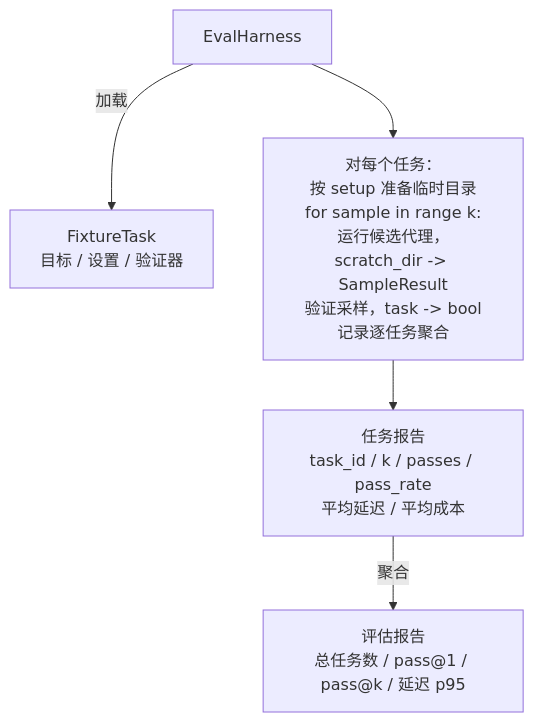
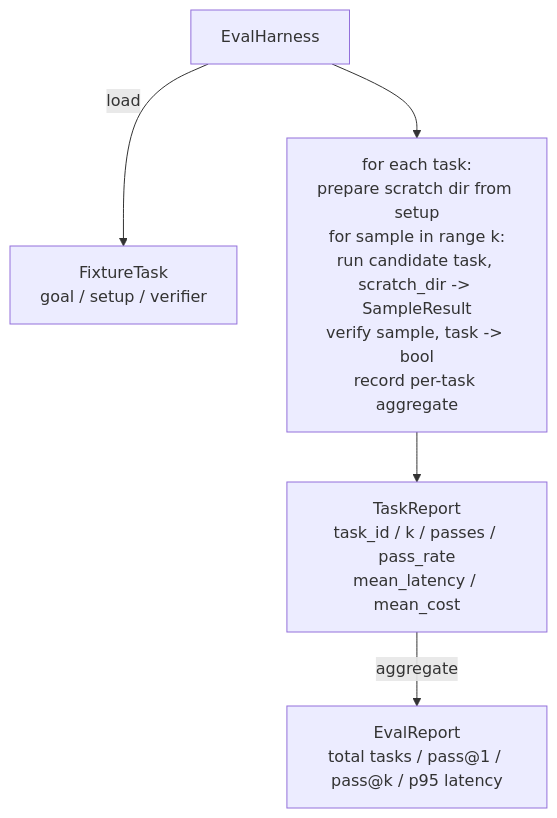
One commit to xiaojiaenen/ai-engineering-from-scratch-zh changed the second of 2 diagrams in i18n/zh/phases/19-capstone-projects/27-eval-harness-fixture-tasks/docs/zh.md. Above: the diagram before and after it, drawn with Mermaid. The commit also changed other lines of this file and 85 other files, not shown here.

````diff
--- a/i18n/zh/phases/19-capstone-projects/27-eval-harness-fixture-tasks/docs/zh.md
+++ b/i18n/zh/phases/19-capstone-projects/27-eval-harness-fixture-tasks/docs/zh.md
@@ -58,7 +58,7 @@
 ```mermaid
 flowchart TD
-  Harness[EvalHarness] -->|加载| Task[FixtureTask<br/>目标 / 设置 / 验证器]
-  Harness --> Loop[对每个任务：<br/>按 setup 准备临时目录<br/>for sample in range k:<br/>运行候选代理，scratch_dir -> SampleResult<br/>验证采样，task -> bool<br/>记录逐任务聚合]
-  Loop --> TaskReport[任务报告<br/>task_id / k / passes / pass_rate<br/>平均延迟 / 平均成本]
-  TaskReport -->|聚合| EvalReport[评估报告<br/>总任务数 / pass@1 / pass@k / 延迟 p95]
+  Harness[EvalHarness] -->|load| Task[FixtureTask<br/>goal / setup / verifier]
+  Harness --> Loop[for each task:<br/>prepare scratch dir from setup<br/>for sample in range k:<br/>run candidate task, scratch_dir -> SampleResult<br/>verify sample, task -> bool<br/>record per-task aggregate]
+  Loop --> TaskReport[TaskReport<br/>task_id / k / passes / pass_rate<br/>mean_latency / mean_cost]
+  TaskReport -->|aggregate| EvalReport[EvalReport<br/>total tasks / pass@1 / pass@k / p95 latency]
 ```
````
